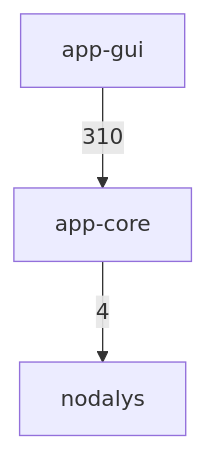
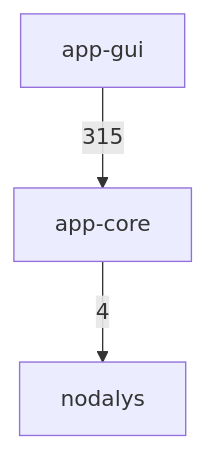
The first of 3 diagrams in docs/architecture.md (ronnymilleo/imcsim), drawn with Mermaid before and after one commit. The commit also changed other lines of this file, not shown here.

Commit message:
Update the include diagram for the split overlays and symbol bases

````diff
--- a/docs/architecture.md
+++ b/docs/architecture.md
@@ -22,8 +22,8 @@
 ```mermaid
 flowchart TD
     app_gui[app-gui]
     app_core[app-core]
     nodalys[nodalys]
     app_core -->|4| nodalys
-    app_gui -->|310| app_core
+    app_gui -->|315| app_core
 ```
````
